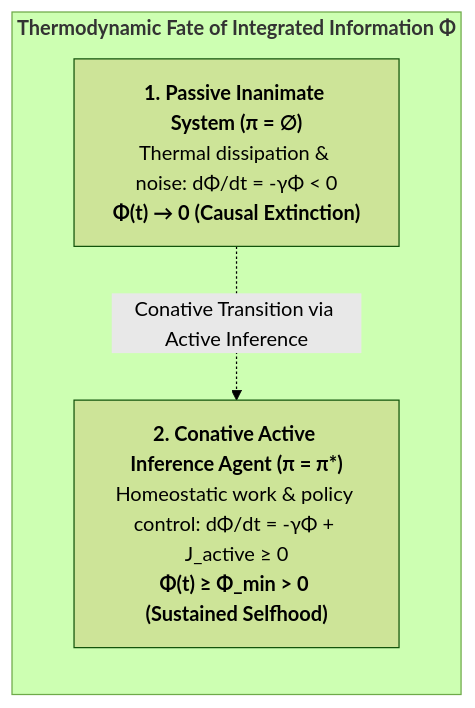
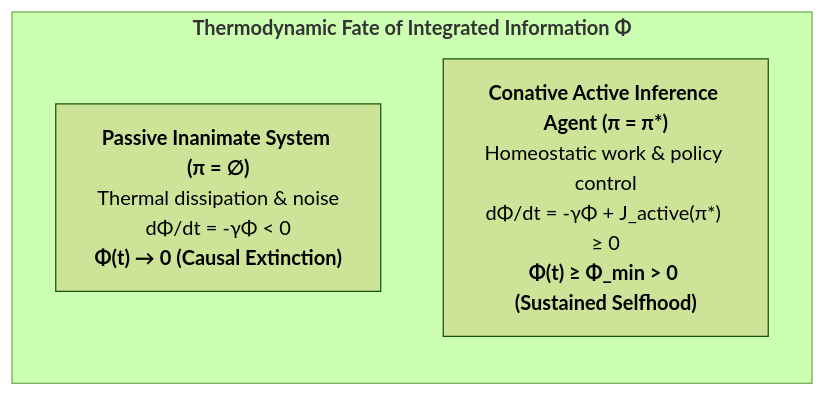
Diagram 21 of 50 in book/build/CIF_Monograph_EN.md (Thriebl/active-inference-phi-network), drawn with Mermaid (forest theme) before and after one commit. The commit also changed other lines of this file and 8 other files, not shown here.

Commit message:
chore: clarify active inference vs conative components with comments and eliminate syntax warning

````diff
--- a/book/build/CIF_Monograph_EN.md
+++ b/book/build/CIF_Monograph_EN.md
@@ -901,12 +893,10 @@
 ```mermaid
-flowchart TD
+flowchart LR
     subgraph DYNAMICS["<b>Thermodynamic Fate of Integrated Information Φ</b>"]
         direction TB
         
-        PASSIVE["<b>1. Passive Inanimate System (π = ∅)</b><br>Thermal dissipation & noise: dΦ/dt = -γΦ < 0<br><b>Φ(t) → 0 (Causal Extinction)</b>"]
+        PASSIVE["<b>Passive Inanimate System (π = ∅)</b><br>Thermal dissipation & noise<br>dΦ/dt = -γΦ < 0<br><b>Φ(t) → 0 (Causal Extinction)</b>"]
         
-        ACTIVE["<b>2. Conative Active Inference Agent (π = π*)</b><br>Homeostatic work & policy control: dΦ/dt = -γΦ + J_active ≥ 0<br><b>Φ(t) ≥ Φ_min > 0 (Sustained Selfhood)</b>"]
-        
-        PASSIVE -.->|"Conative Transition via Active Inference"| ACTIVE
+        ACTIVE["<b>Conative Active Inference Agent (π = π*)</b><br>Homeostatic work & policy control<br>dΦ/dt = -γΦ + J_active(π*) ≥ 0<br><b>Φ(t) ≥ Φ_min > 0 (Sustained Selfhood)</b>"]
     end
 ```
````
